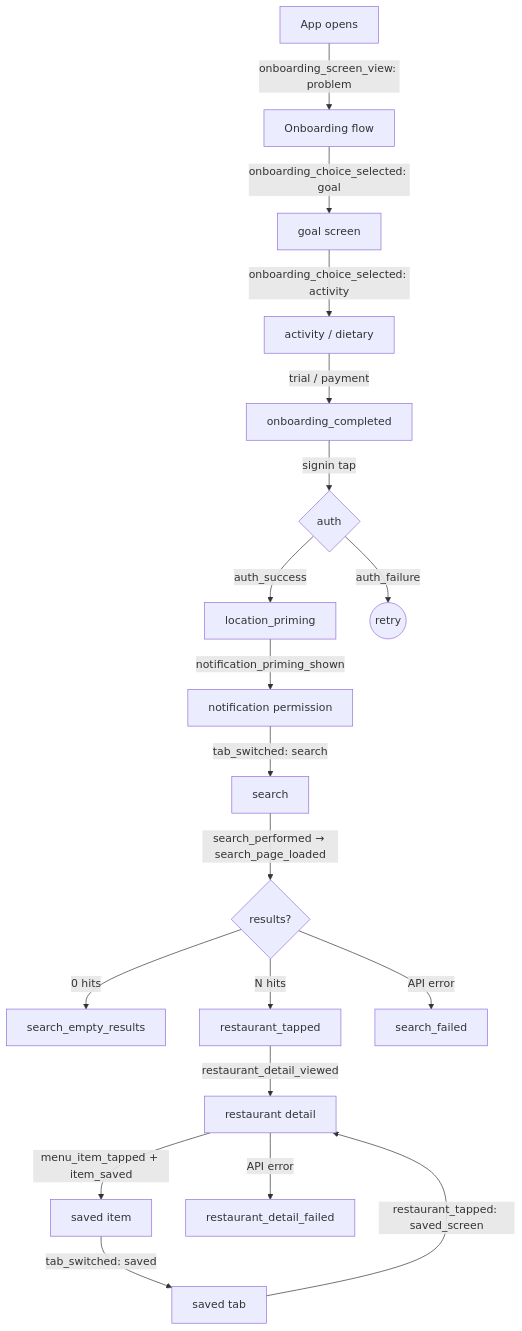
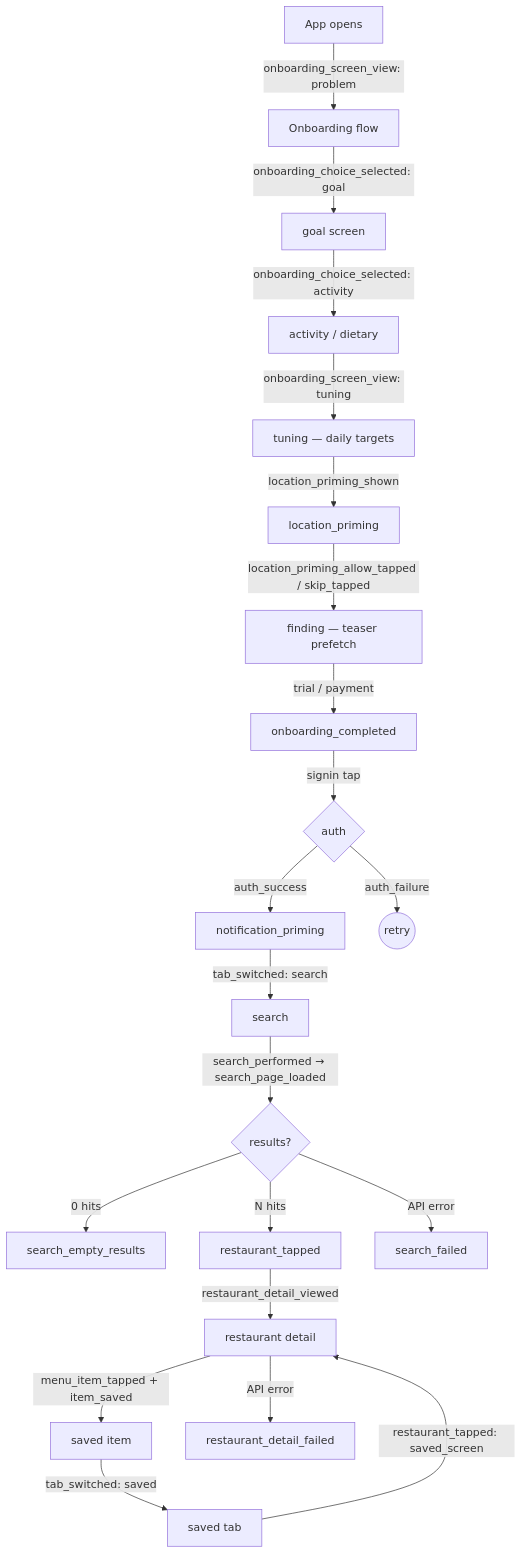
One commit to dgmolla/fitsy changed the diagram in docs/engineering/frontend/analytics-events.md. Above: the diagram before and after it, drawn with Mermaid. The commit also changed other lines of this file and 6 other files, not shown here.

First line of the commit message:
fix(onboarding): move location priming before teaser; wire granted coords into preview (#178)

````diff
--- a/docs/engineering/frontend/analytics-events.md
+++ b/docs/engineering/frontend/analytics-events.md
@@ -23,21 +23,23 @@
 ```mermaid
 flowchart TD
     A[App opens] -->|onboarding_screen_view: problem| B[Onboarding flow]
     B -->|onboarding_choice_selected: goal| C[goal screen]
     C -->|onboarding_choice_selected: activity| D[activity / dietary]
-    D -->|trial / payment| E[onboarding_completed]
+    D -->|onboarding_screen_view: tuning| Tu[tuning — daily targets]
+    Tu -->|location_priming_shown| G[location_priming]
+    G -->|location_priming_allow_tapped / skip_tapped| Fi[finding — teaser prefetch]
+    Fi -->|trial / payment| E[onboarding_completed]
     E -->|signin tap| F{auth}
-    F -->|auth_success| G[location_priming]
+    F -->|auth_success| H[notification_priming]
     F -->|auth_failure| Fexit((retry))
-    G -->|notification_priming_shown| H[notification permission]
     H -->|tab_switched: search| I[search]
     I -->|search_performed → search_page_loaded| J{results?}
     J -->|0 hits| Jx[search_empty_results]
     J -->|N hits| K[restaurant_tapped]
     J -->|API error| Jy[search_failed]
     K -->|restaurant_detail_viewed| L[restaurant detail]
     L -->|menu_item_tapped + item_saved| M[saved item]
     L -->|API error| Lx[restaurant_detail_failed]
     M -->|tab_switched: saved| N[saved tab]
     N -->|restaurant_tapped: saved_screen| L
 ```
````
